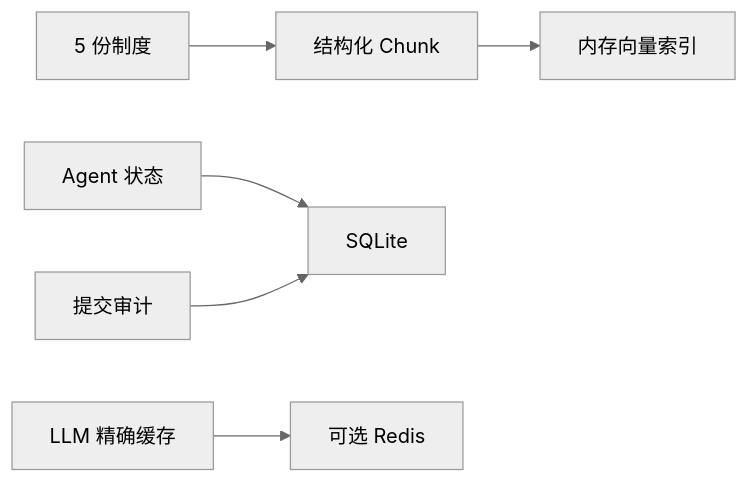
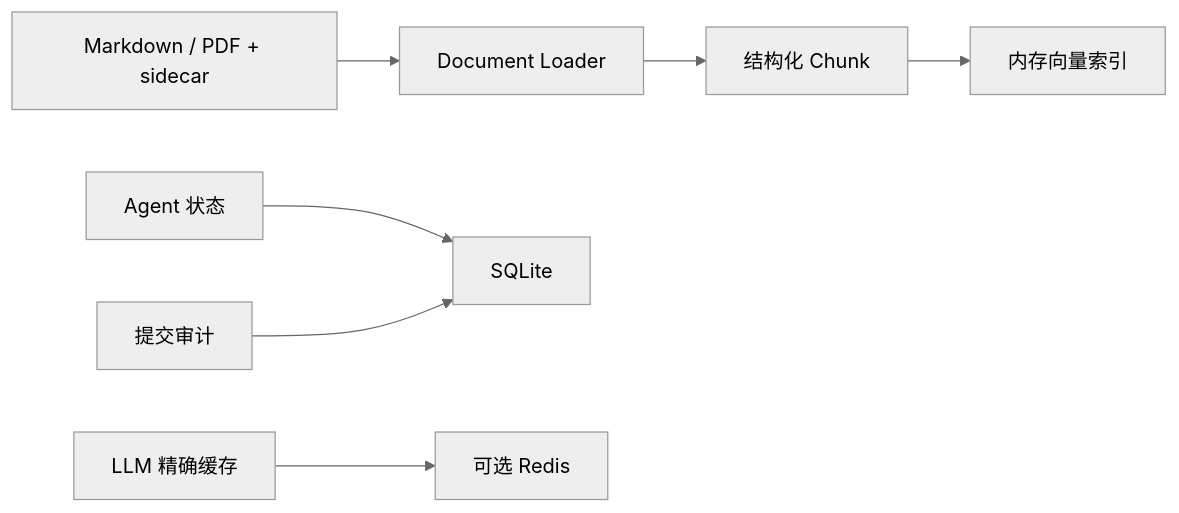
One commit to greyle12/enterprise-policy-agent changed the third of 3 diagrams in docs/system_architecture.md. Above: the diagram before and after it, drawn with Mermaid (neutral theme). The commit also changed other lines of this file and 91 other files, not shown here.

Commit message:
feat(rag): add native PDF document parsing

````diff
--- a/docs/system_architecture.md
+++ b/docs/system_architecture.md
@@ -89,8 +89,9 @@
 ```mermaid
 flowchart LR
-    Policies["5 份制度"] --> Chunks["结构化 Chunk"]
+    Policies["Markdown / PDF + sidecar"] --> Loader["Document Loader"]
+    Loader --> Chunks["结构化 Chunk"]
     Chunks --> Index["内存向量索引"]
     AgentState["Agent 状态"] --> SQLite["SQLite"]
     Audit["提交审计"] --> SQLite
     Cache["LLM 精确缓存"] --> Redis["可选 Redis"]
 ```
````
